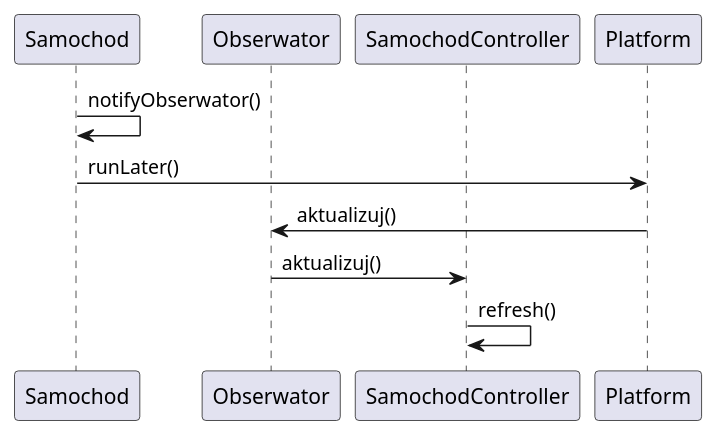
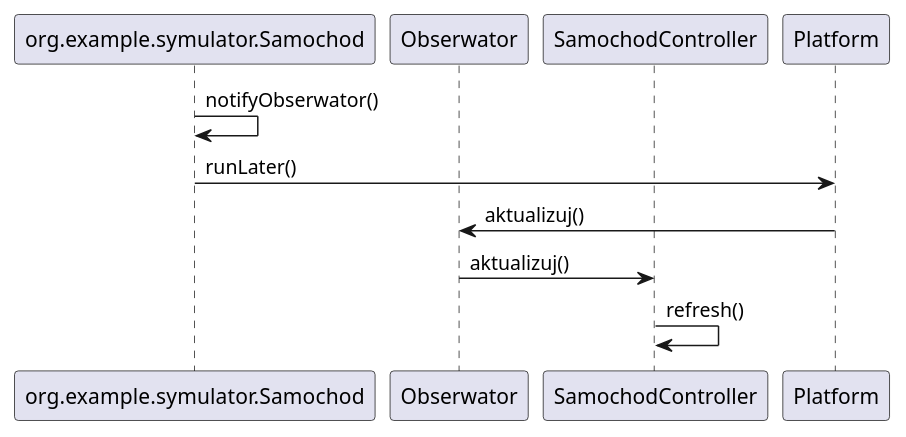
Before and after one commit to L0rak/po2025: the third of 4 diagrams in README.md, drawn with PlantUML. The commit also changed other lines of this file and 34 other files, not shown here.

````diff
--- a/README.md
+++ b/README.md
@@ -170,14 +170,14 @@
 ```plantuml
 @startuml
-participant Samochod
+participant org.example.symulator.Samochod
 participant Obserwator
 participant SamochodController
 participant Platform
 
-Samochod -> Samochod: notifyObserwator()
-Samochod -> Platform: runLater()
+org.example.symulator.Samochod -> org.example.symulator.Samochod: notifyObserwator()
+org.example.symulator.Samochod -> Platform: runLater()
 Platform -> Obserwator: aktualizuj()
 Obserwator -> SamochodController: aktualizuj()
 SamochodController -> SamochodController: refresh()
 @enduml
 ```
````
